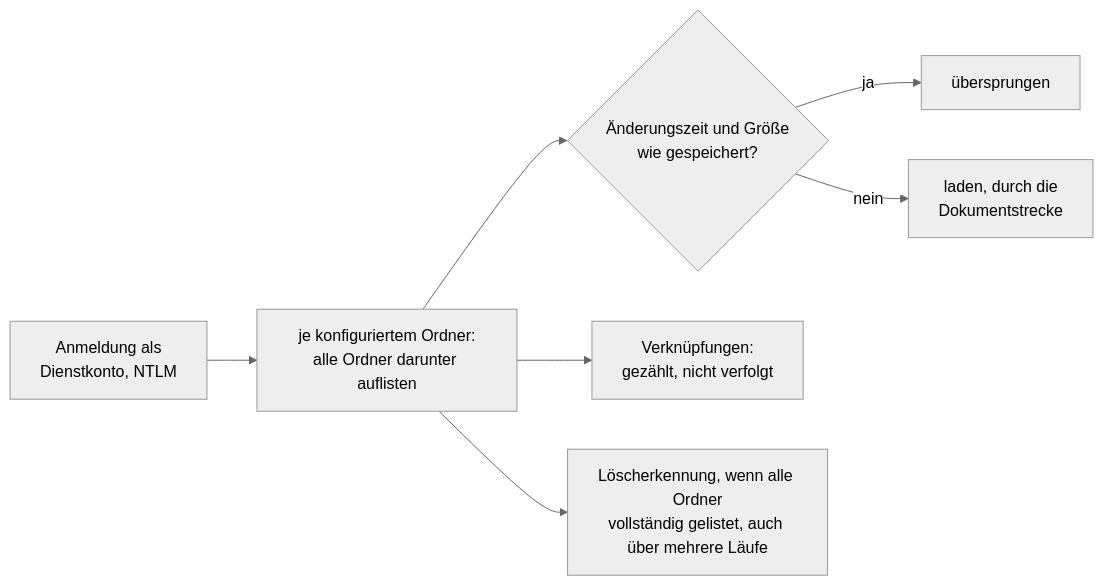
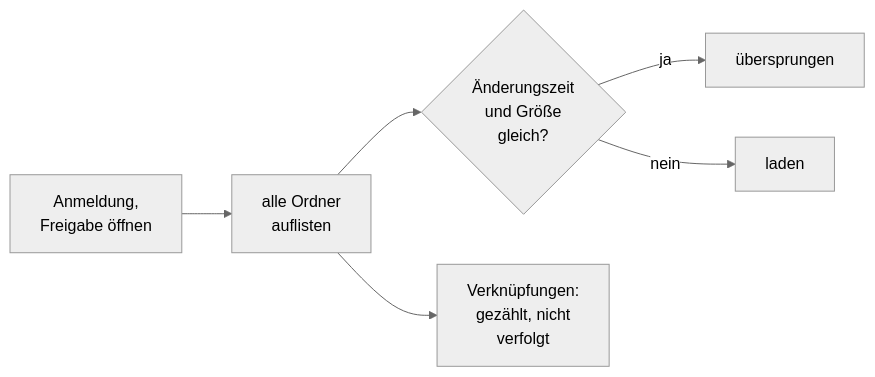
Before and after one commit to criew/opaa: the second of 2 diagrams in docs/handbuch/konnektoren/smb.md, drawn with Mermaid (neutral theme). The commit also changed other lines of this file and 16 other files, not shown here.

````diff
--- a/docs/handbuch/konnektoren/smb.md
+++ b/docs/handbuch/konnektoren/smb.md
@@ -43,9 +73,8 @@
 ```mermaid
 flowchart LR
-    A[Anmeldung als<br/>Dienstkonto, NTLM] --> B[je konfiguriertem Ordner:<br/>alle Ordner darunter auflisten]
-    B --> C{Änderungszeit und Größe<br/>wie gespeichert?}
+    A[Anmeldung,<br/>Freigabe öffnen] --> B[alle Ordner<br/>auflisten]
+    B --> C{Änderungszeit<br/>und Größe<br/>gleich?}
     C -- ja --> S[übersprungen]
-    C -- nein --> F[laden, durch die<br/>Dokumentstrecke]
-    B --> L[Verknüpfungen:<br/>gezählt, nicht verfolgt]
-    B --> R[Löscherkennung, wenn alle Ordner<br/>vollständig gelistet, auch über mehrere Läufe]
+    C -- nein --> F[laden]
+    B --> L[Verknüpfungen:<br/>gezählt, nicht<br/>verfolgt]
 ```
````
